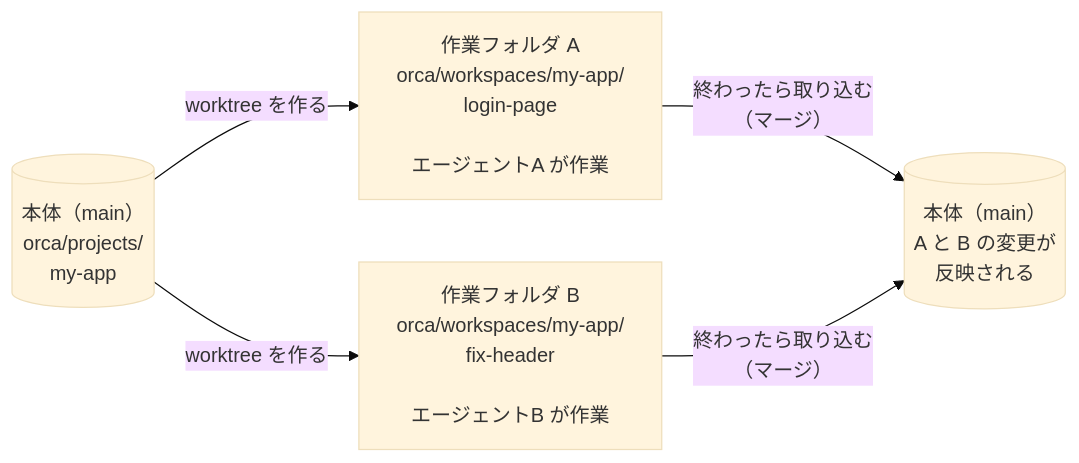
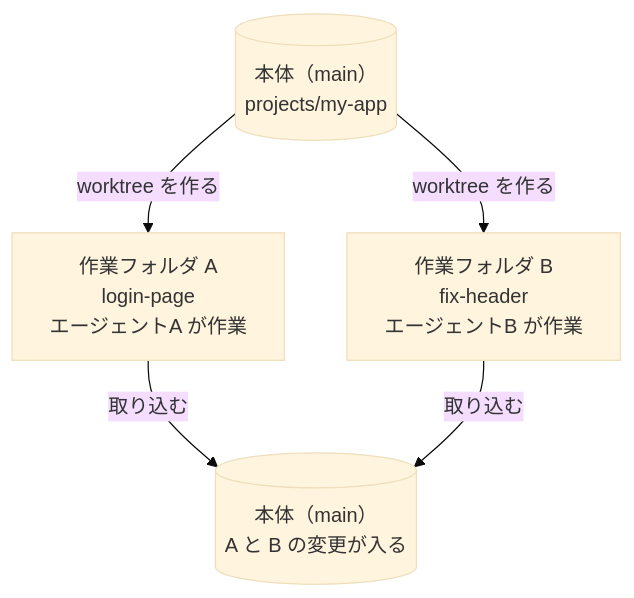
Before and after one commit to fujitamasayoshi0402/ai-dev-setup: the first of 2 diagrams in docs/04-orca.md, drawn with Mermaid (base theme). The commit also changed 5 other files, not shown here.

First line of the commit message:
docs: 図を縦長のレイアウトにして、GitHub のボタンと重ならないように修正

````diff
--- a/docs/04-orca.md
+++ b/docs/04-orca.md
@@ -10,11 +10,8 @@
 ```mermaid
-flowchart LR
-    main[("本体（main）<br>orca/projects/<br>my-app")]
-    a["作業フォルダ A<br>orca/workspaces/my-app/<br>login-page<br><br>エージェントA が作業"]
-    b["作業フォルダ B<br>orca/workspaces/my-app/<br>fix-header<br><br>エージェントB が作業"]
-    done[("本体（main）<br>A と B の変更が<br>反映される")]
-    main -- "worktree を作る" --> a
-    main -- "worktree を作る" --> b
-    a -- "終わったら取り込む<br>（マージ）" --> done
-    b -- "終わったら取り込む<br>（マージ）" --> done
+flowchart TD
+    main[("本体（main）<br>projects/my-app")]
+    main -- "worktree を作る" --> a["作業フォルダ A<br>login-page<br>エージェントA が作業"]
+    main -- "worktree を作る" --> b["作業フォルダ B<br>fix-header<br>エージェントB が作業"]
+    a -- "取り込む" --> done[("本体（main）<br>A と B の変更が入る")]
+    b -- "取り込む" --> done
 ```
````
